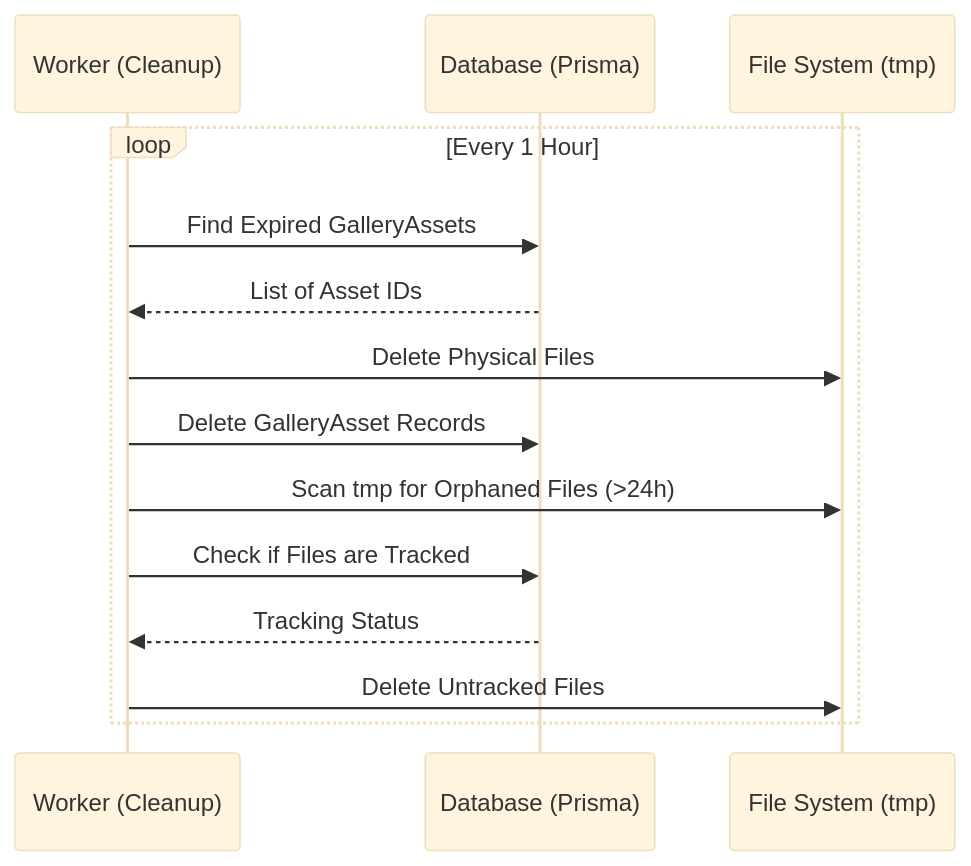
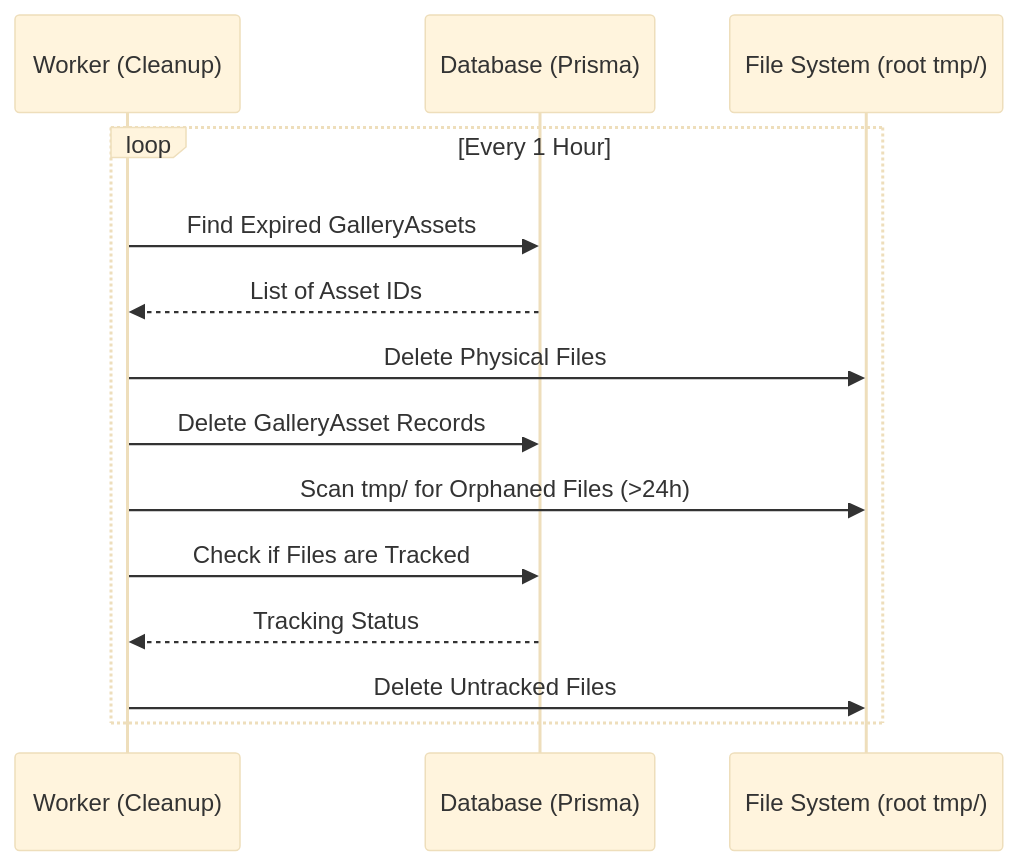
The fourth of 9 diagrams in docs/ARCHITECTURE.md (thoufeeque22/directly.social), drawn with Mermaid (base theme) before and after one commit. The commit also changed other lines of this file and 1 other file, not shown here.

Commit message:
docs: update architecture docs and finalize ticket state for #588

````diff
--- a/docs/ARCHITECTURE.md
+++ b/docs/ARCHITECTURE.md
@@ -232,18 +232,18 @@
 ```mermaid
 sequenceDiagram
     participant W as Worker (Cleanup)
     participant DB as Database (Prisma)
-    participant FS as File System (tmp)
+    participant FS as File System (root tmp/)
 
     loop Every 1 Hour
         W->>DB: Find Expired GalleryAssets
         DB-->>W: List of Asset IDs
         W->>FS: Delete Physical Files
         W->>DB: Delete GalleryAsset Records
         
-        W->>FS: Scan tmp for Orphaned Files (>24h)
+        W->>FS: Scan tmp/ for Orphaned Files (>24h)
         W->>DB: Check if Files are Tracked
         DB-->>W: Tracking Status
         W->>FS: Delete Untracked Files
     end
 ```
````
